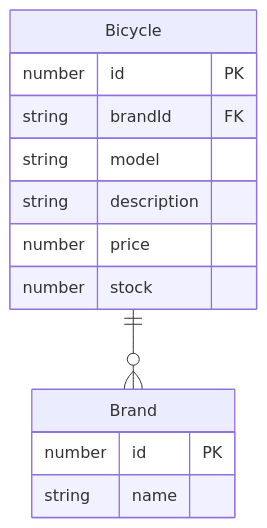
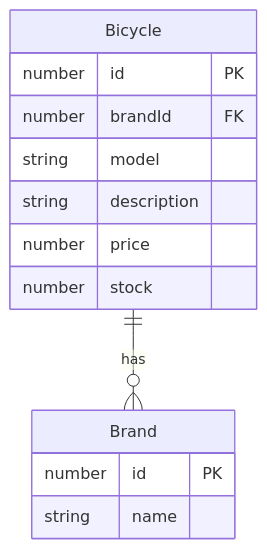
One commit to tcrurav/TypeScript-Express-Sequelize-Associations_and_Queries-Example changed the diagram in README.md. Above: the diagram before and after it, drawn with Mermaid.

Commit message:
fix: README.md ER Diagram

````diff
--- a/README.md
+++ b/README.md
@@ -4,18 +4,18 @@
 ```mermaid
 erDiagram
     Bicycle {
         number id PK
-        string brandId FK
+        number brandId FK
         string model
         string description
         number price
         number stock
     }
 
     Brand {
         number id PK
         string name
     }
 
-    Bicycle ||--o{ Brand : ""
+    Bicycle ||--o{ Brand : has
 ```
````
